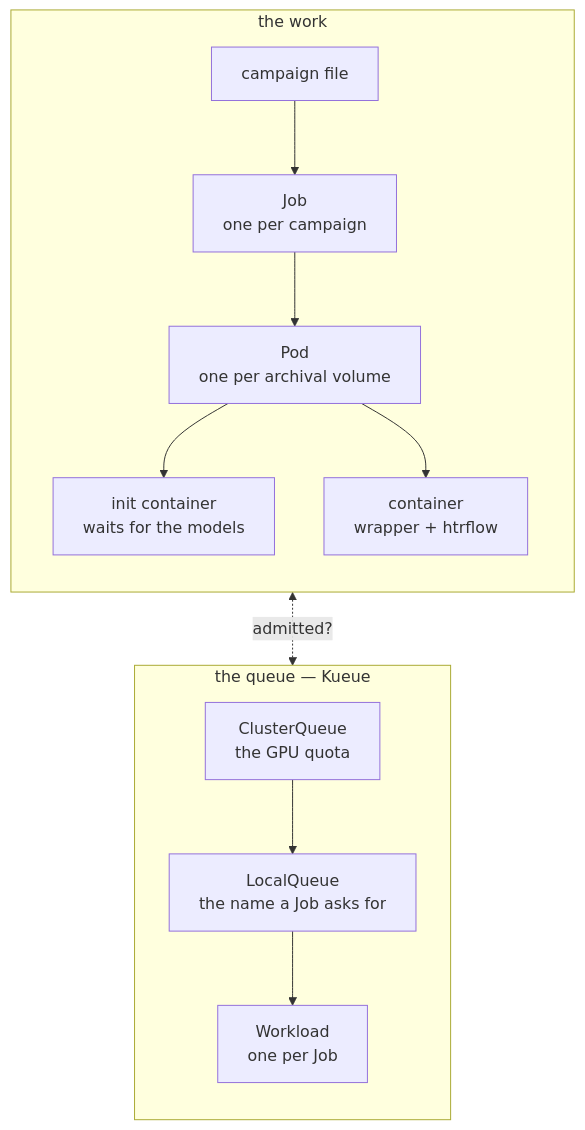
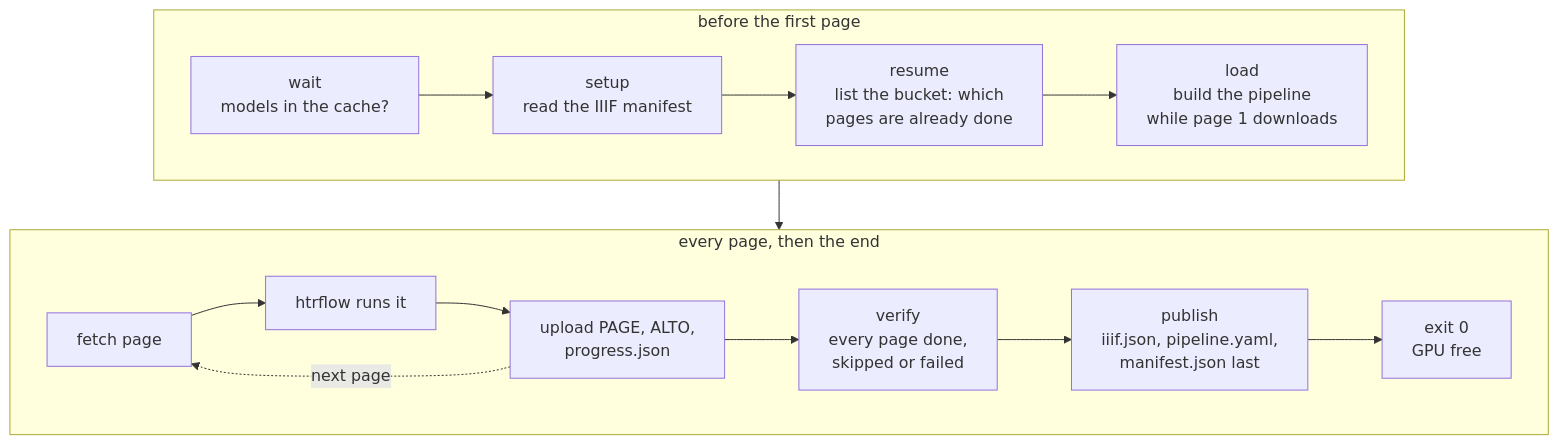
Before and after one commit to AI-Riksarkivet/htrflow-batch: the diagram in docs/slides/assets/part-1-from-one-folder-to-the-archive-4.mmd, drawn with Mermaid. The commit also changed 23 other files, not shown here.

```diff
--- a/docs/slides/assets/part-1-from-one-folder-to-the-archive-4.mmd
+++ b/docs/slides/assets/part-1-from-one-folder-to-the-archive-4.mmd
@@ -1,14 +1,11 @@
 flowchart TB
-  subgraph WORK["the work"]
-    direction TB
-    CF["campaign file"] --> JOB["Job<br/>one per campaign"]
-    JOB --> POD["Pod<br/>one per archival volume"]
-    POD --> INIT["init container<br/>waits for the models"]
-    POD --> CON["container<br/>wrapper + htrflow"]
+  subgraph A["before the first page"]
+    direction LR
+    W["wait<br/>models in the cache?"] --> S["setup<br/>read the IIIF manifest"] --> R["resume<br/>list the bucket: which<br/>pages are already done"] --> L["load<br/>build the pipeline<br/>while page 1 downloads"]
   end
-  subgraph QUEUE["the queue — Kueue"]
-    direction TB
-    CQ["ClusterQueue<br/>the GPU quota"] --> LQ["LocalQueue<br/>the name a Job asks for"]
-    LQ --> WL["Workload<br/>one per Job"]
+  subgraph B["every page, then the end"]
+    direction LR
+    F["fetch page"] --> H["htrflow runs it"] --> U["upload PAGE, ALTO,<br/>progress.json"] --> V["verify<br/>every page done,<br/>skipped or failed"] --> P["publish<br/>iiif.json, pipeline.yaml,<br/>manifest.json last"] --> X["exit 0<br/>GPU free"]
+    U -. "next page" .-> F
   end
-  JOB <-. "admitted?" .-> WL
+  A --> B
```
